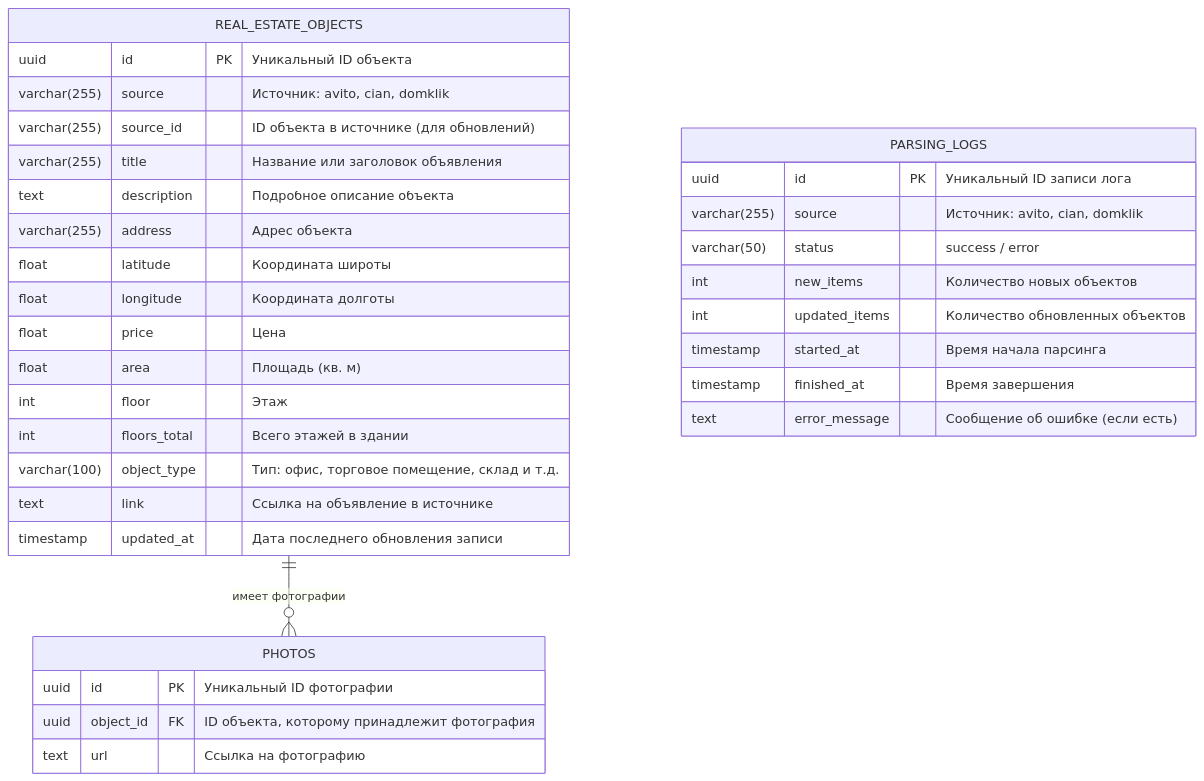
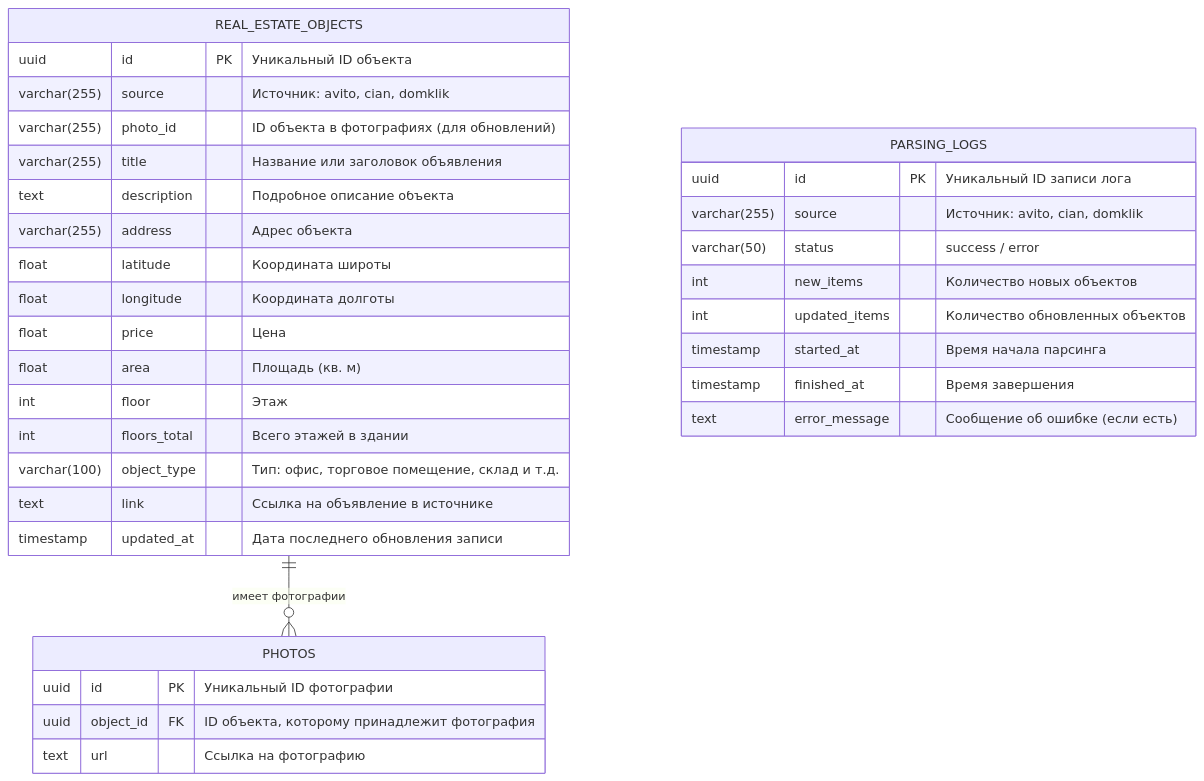
Before and after one commit to BruhWhyMeHaveNoIdea/hackathon: the diagram in docs/database.md, drawn with Mermaid.

````diff
--- a/docs/database.md
+++ b/docs/database.md
@@ -1,40 +1,40 @@
 ```mermaid
 erDiagram
 
     REAL_ESTATE_OBJECTS ||--o{ PHOTOS : "имеет фотографии"
 
     REAL_ESTATE_OBJECTS {
         uuid id PK "Уникальный ID объекта"
         varchar(255) source "Источник: avito, cian, domklik"
-        varchar(255) source_id "ID объекта в источнике (для обновлений)"
+        varchar(255) photo_id "ID объекта в фотографиях (для обновлений)"
         varchar(255) title "Название или заголовок объявления"
         text description "Подробное описание объекта"
         varchar(255) address "Адрес объекта"
         float latitude "Координата широты"
         float longitude "Координата долготы"
         float price "Цена"
         float area "Площадь (кв. м)"
         int floor "Этаж"
         int floors_total "Всего этажей в здании"
         varchar(100) object_type "Тип: офис, торговое помещение, склад и т.д."
         text link "Ссылка на объявление в источнике"
         timestamp updated_at "Дата последнего обновления записи"
     }
 
     PHOTOS {
         uuid id PK "Уникальный ID фотографии"
         uuid object_id FK "ID объекта, которому принадлежит фотография"
         text url "Ссылка на фотографию"
     }
 
     PARSING_LOGS {
         uuid id PK "Уникальный ID записи лога"
         varchar(255) source "Источник: avito, cian, domklik"
         varchar(50) status "success / error"
         int new_items "Количество новых объектов"
         int updated_items "Количество обновленных объектов"
         timestamp started_at "Время начала парсинга"
         timestamp finished_at "Время завершения"
         text error_message "Сообщение об ошибке (если есть)"
     }
 ```
````
